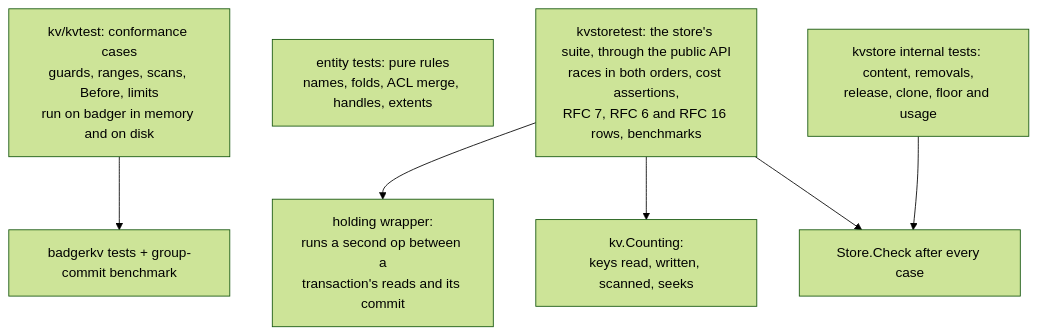
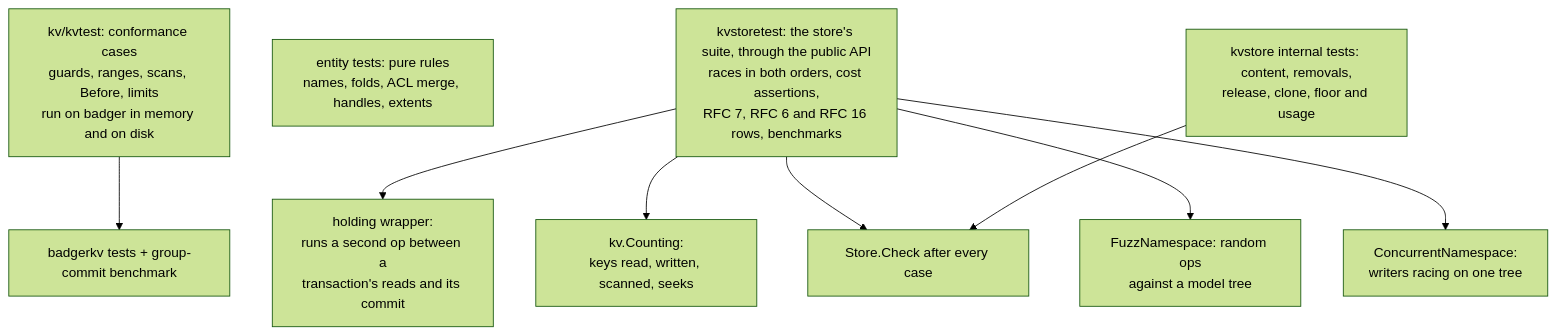
One commit to marmos91/dittofs changed diagram 12 of 12 in docs/internals/kv-layer-guide.md. Above: the diagram before and after it, drawn with Mermaid (forest theme). The commit also changed other lines of this file, not shown here.

Commit message:
docs(metadata): the guide covers the fuzz target, the stress test and the pinned costs

````diff
--- a/docs/internals/kv-layer-guide.md
+++ b/docs/internals/kv-layer-guide.md
@@ -478,11 +478,13 @@
 ```mermaid
 flowchart TB
   kvt["kv/kvtest: conformance cases<br/>guards, ranges, scans, Before, limits<br/>run on badger in memory and on disk"] --> badger["badgerkv tests + group-commit benchmark"]
   ent["entity tests: pure rules<br/>names, folds, ACL merge, handles, extents"]
   ks["kvstoretest: the store's suite, through the public API<br/>races in both orders, cost assertions,<br/>RFC 7, RFC 6 and RFC 16 rows, benchmarks"]
   internal["kvstore internal tests: content, removals,<br/>release, clone, floor and usage"]
   ks --> holding["holding wrapper:<br/>runs a second op between a<br/>transaction's reads and its commit"]
   ks --> counting["kv.Counting:<br/>keys read, written, scanned, seeks"]
   ks --> check["Store.Check after every case"]
+  ks --> fuzz["FuzzNamespace: random ops<br/>against a model tree"]
+  ks --> stress["ConcurrentNamespace:<br/>writers racing on one tree"]
   internal --> check
 ```
````
